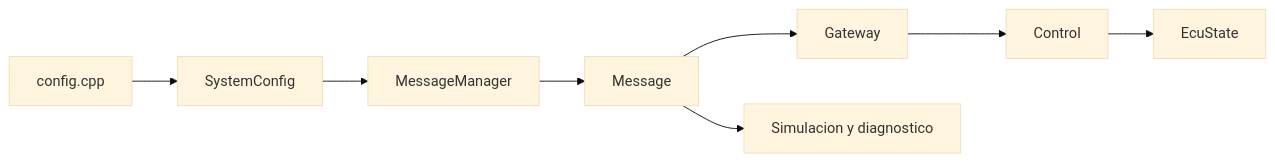
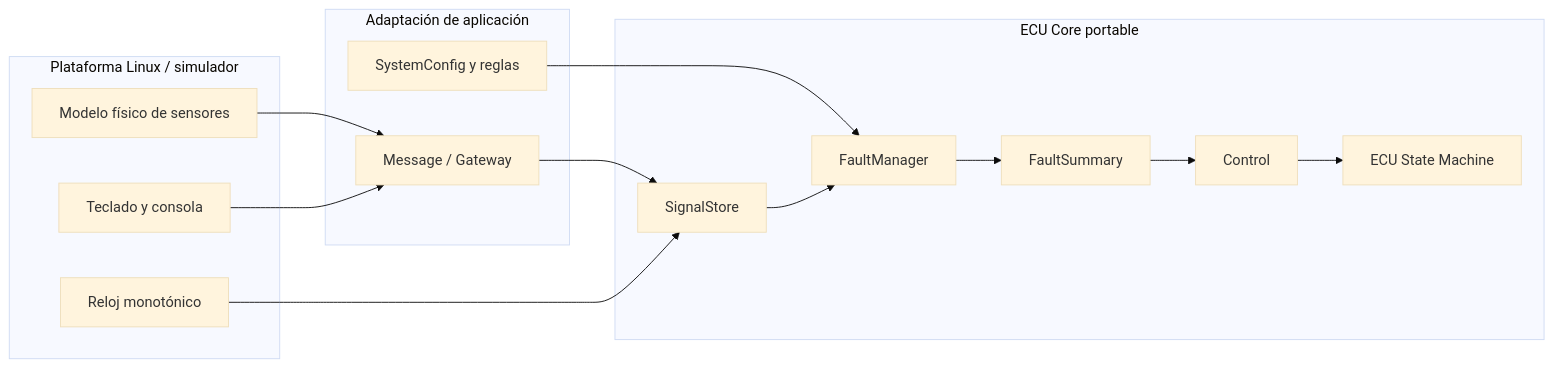
Before and after one commit to jccp33/myECU: the first of 3 diagrams in README.md, drawn with Mermaid (base theme). The commit also changed other lines of this file and 62 other files, not shown here.

First line of the commit message:
feat(core): implement configurable automotive fault FSM

````diff
--- a/README.md
+++ b/README.md
@@ -61,10 +14,24 @@
 ```mermaid
 flowchart LR
-    A[config.cpp] --> B[SystemConfig]
-    B --> C[MessageManager]
-    C --> D[Message]
-    D --> E[Gateway]
-    E --> F[Control]
-    F --> G[EcuState]
-    D --> H[Simulacion y diagnostico]
+    subgraph Plataforma[Plataforma Linux / simulador]
+        UI[Teclado y consola]
+        CLK[Reloj monotónico]
+        PHY[Modelo físico de sensores]
+    end
+    subgraph Aplicacion[Adaptación de aplicación]
+        MSG[Message / Gateway]
+        CFG[SystemConfig y reglas]
+    end
+    subgraph Core[ECU Core portable]
+        STORE[SignalStore]
+        FM[FaultManager]
+        SUM[FaultSummary]
+        CTRL[Control]
+        FSM[ECU State Machine]
+    end
+    PHY --> MSG --> STORE
+    CLK --> STORE
+    CFG --> FM
+    STORE --> FM --> SUM --> CTRL --> FSM
+    UI --> MSG
 ```
````
